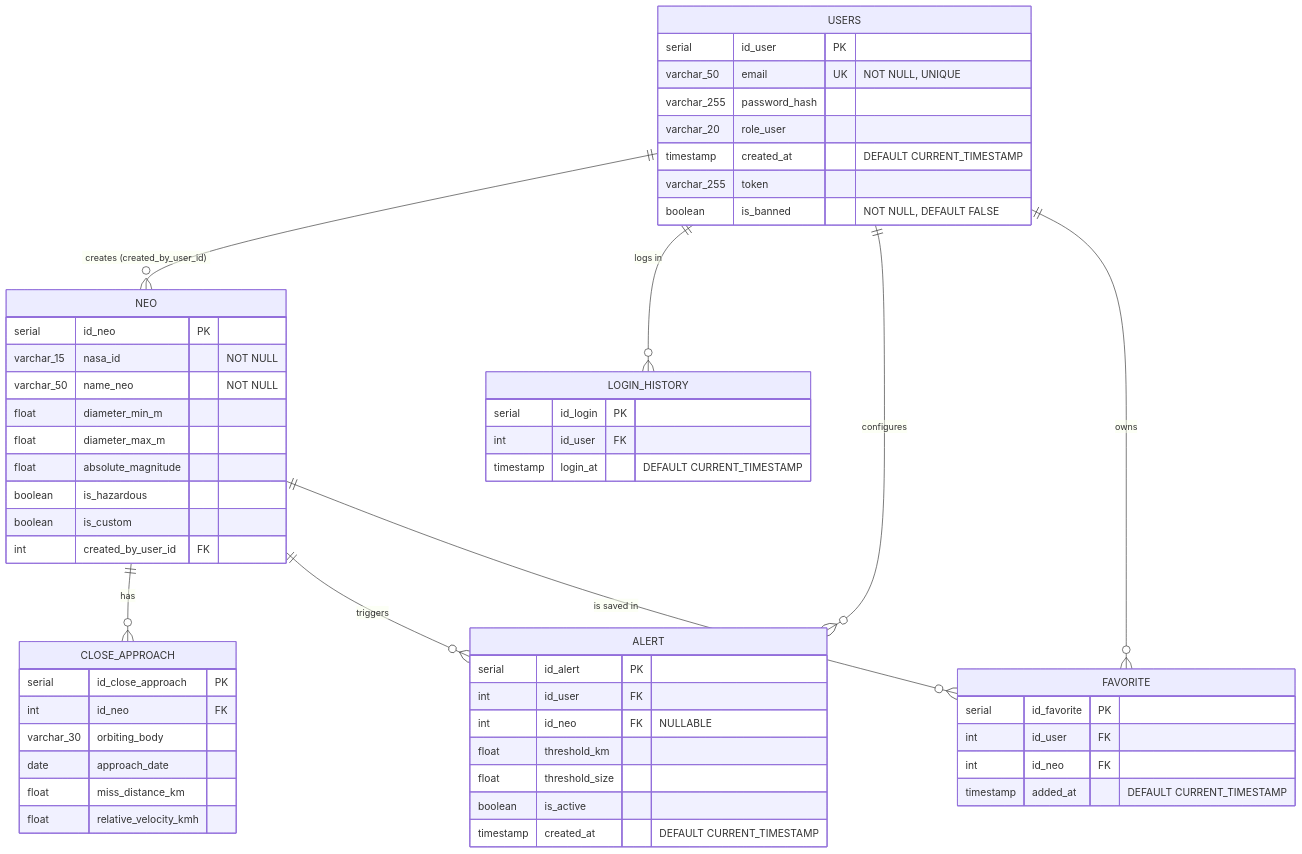
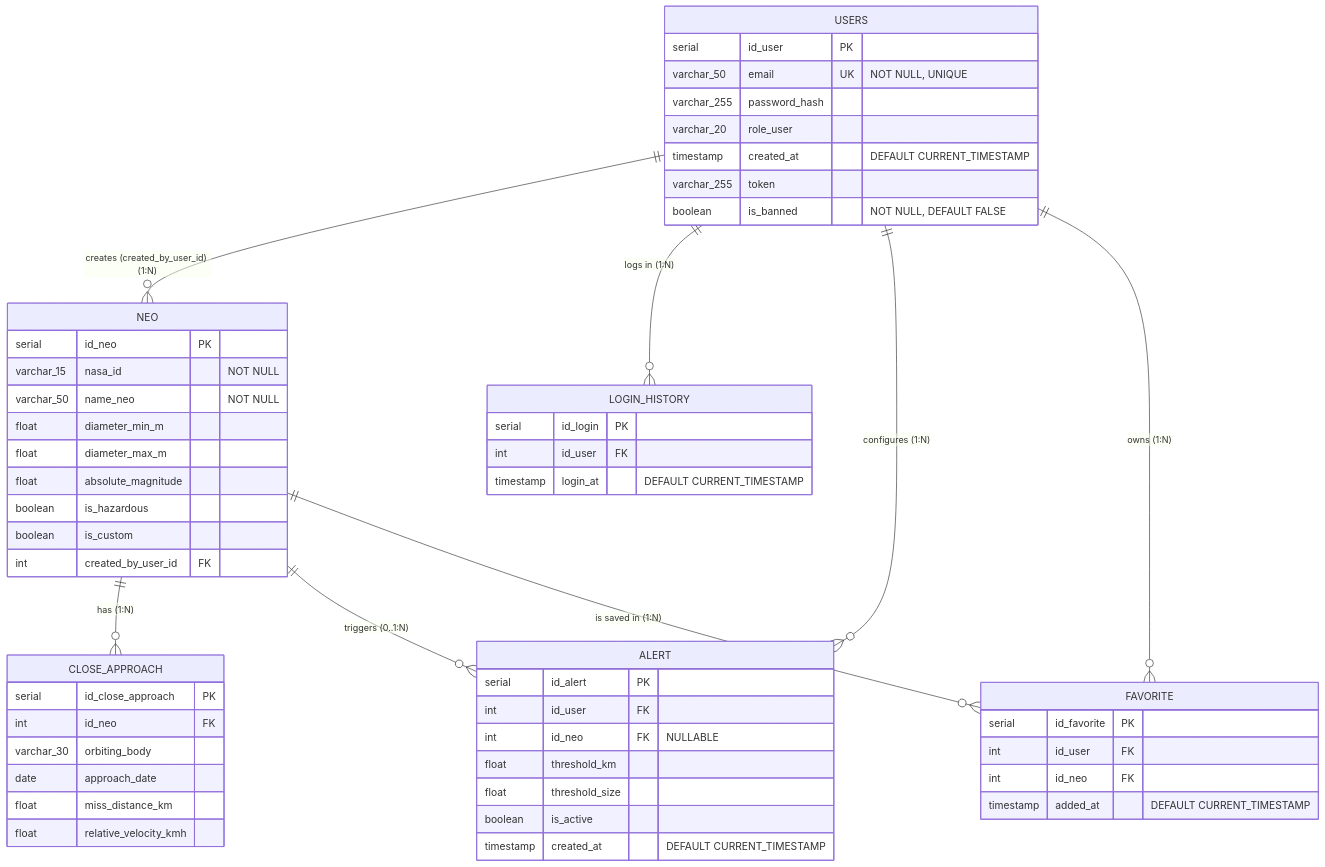
One commit to Yazaaaaaa/ensai-it-project-2a-team2 changed the diagram in doc/diagram/diagram_bdd.md. Above: the diagram before and after it, drawn with Mermaid.

Commit message:
Update relationship cardinalities in diagram_bdd.md

````diff
--- a/doc/diagram/diagram_bdd.md
+++ b/doc/diagram/diagram_bdd.md
@@ -1,65 +1,65 @@
 ```mermaid
 erDiagram
     USERS {
         serial id_user PK
         varchar_50 email UK "NOT NULL, UNIQUE"
         varchar_255 password_hash
         varchar_20 role_user
         timestamp created_at "DEFAULT CURRENT_TIMESTAMP"
         varchar_255 token
         boolean is_banned "NOT NULL, DEFAULT FALSE"
     }
 
     NEO {
         serial id_neo PK
         varchar_15 nasa_id "NOT NULL"
         varchar_50 name_neo "NOT NULL"
         float diameter_min_m
         float diameter_max_m
         float absolute_magnitude
         boolean is_hazardous
         boolean is_custom
         int created_by_user_id FK
     }
 
     CLOSE_APPROACH {
         serial id_close_approach PK
         int id_neo FK
         varchar_30 orbiting_body
         date approach_date
         float miss_distance_km
         float relative_velocity_kmh
     }
 
     LOGIN_HISTORY {
         serial id_login PK
         int id_user FK
         timestamp login_at "DEFAULT CURRENT_TIMESTAMP"
     }
 
     ALERT {
         serial id_alert PK
         int id_user FK
         int id_neo FK "NULLABLE"
         float threshold_km
         float threshold_size
         boolean is_active
         timestamp created_at "DEFAULT CURRENT_TIMESTAMP"
     }
 
     FAVORITE {
         serial id_favorite PK
         int id_user FK
         int id_neo FK
         timestamp added_at "DEFAULT CURRENT_TIMESTAMP"
     }
 
 
-    USERS ||--o{ NEO : "creates (created_by_user_id)"
-    USERS ||--o{ LOGIN_HISTORY : "logs in"
-    USERS ||--o{ ALERT : "configures"
-    USERS ||--o{ FAVORITE : "owns"
-    NEO ||--o{ CLOSE_APPROACH : "has"
-    NEO ||--o{ ALERT : "triggers"
-    NEO ||--o{ FAVORITE : "is saved in"
+    USERS ||--o{ NEO : "creates (created_by_user_id) (1:N)"
+    USERS ||--o{ LOGIN_HISTORY : "logs in (1:N)"
+    USERS ||--o{ ALERT : "configures (1:N)"
+    USERS ||--o{ FAVORITE : "owns (1:N)"
+    NEO ||--o{ CLOSE_APPROACH : "has (1:N)"
+    NEO ||--o{ ALERT : "triggers (0..1:N)"
+    NEO ||--o{ FAVORITE : "is saved in (1:N)"
 ```
````
